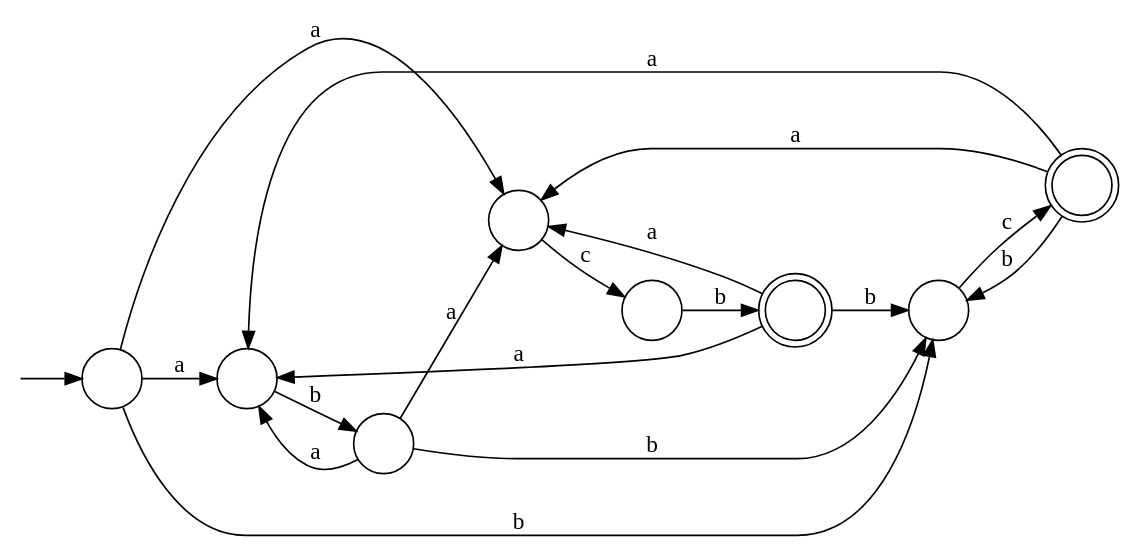
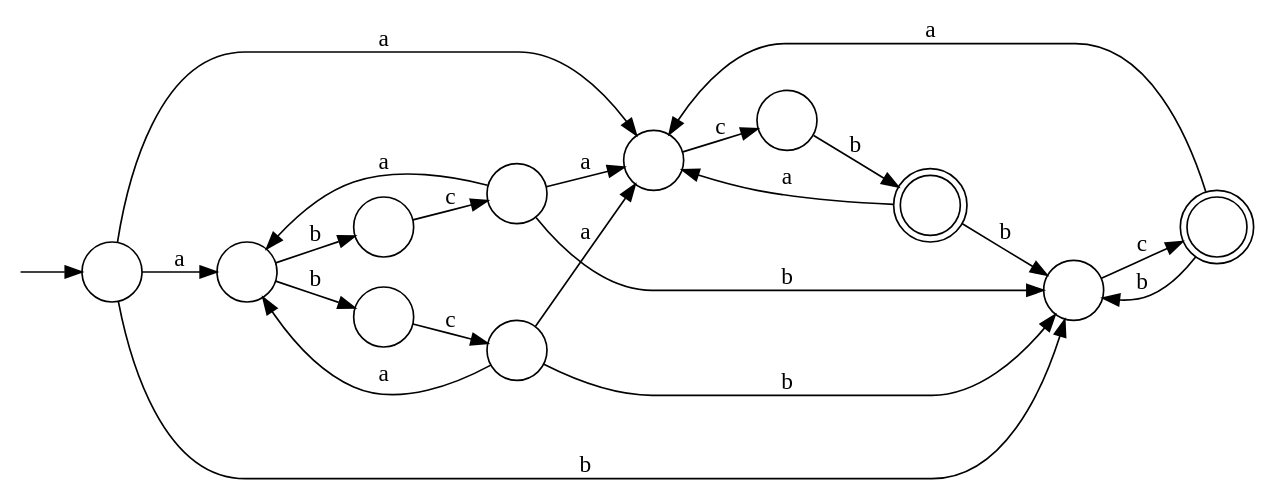
One commit to water-mizuu/finite_automata_conversion changed the diagram in nfa.dot. Above: the diagram before and after it, drawn with Graphviz. The commit also changed 8 other files, not shown here.

```diff
--- a/nfa.dot
+++ b/nfa.dot
@@ -1,29 +1,36 @@
 digraph G {
   rankdir=LR;
   n__ [label="" shape=none width=.0];
   0 [shape=circle label=""];
   1 [shape=circle label=""];
   2 [shape=circle label=""];
   3 [shape=circle label=""];
-  4 [shape=doublecircle label=""];
+  4 [shape=circle label=""];
   5 [shape=circle label=""];
   6 [shape=circle label=""];
   7 [shape=doublecircle label=""];
+  8 [shape=circle label=""];
+  9 [shape=circle label=""];
+  10 [shape=doublecircle label=""];
   n__ -> 0;
   0 -> 1 [label="a"];
-  0 -> 5 [label="a"];
-  2 -> 1 [label="a"];
-  2 -> 5 [label="a"];
-  4 -> 1 [label="a"];
-  4 -> 5 [label="a"];
-  7 -> 1 [label="a"];
-  7 -> 5 [label="a"];
-  0 -> 3 [label="b"];
+  0 -> 8 [label="a"];
+  0 -> 6 [label="b"];
   1 -> 2 [label="b"];
-  2 -> 3 [label="b"];
-  4 -> 3 [label="b"];
-  6 -> 7 [label="b"];
-  7 -> 3 [label="b"];
-  3 -> 4 [label="c"];
-  5 -> 6 [label="c"];
+  1 -> 4 [label="b"];
+  2 -> 3 [label="c"];
+  3 -> 1 [label="a"];
+  3 -> 8 [label="a"];
+  3 -> 6 [label="b"];
+  4 -> 5 [label="c"];
+  5 -> 1 [label="a"];
+  5 -> 8 [label="a"];
+  5 -> 6 [label="b"];
+  6 -> 7 [label="c"];
+  7 -> 8 [label="a"];
+  7 -> 6 [label="b"];
+  8 -> 9 [label="c"];
+  9 -> 10 [label="b"];
+  10 -> 8 [label="a"];
+  10 -> 6 [label="b"];
 }
```
